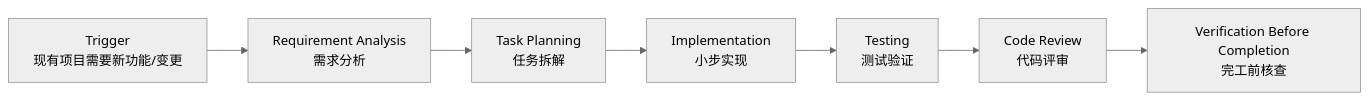
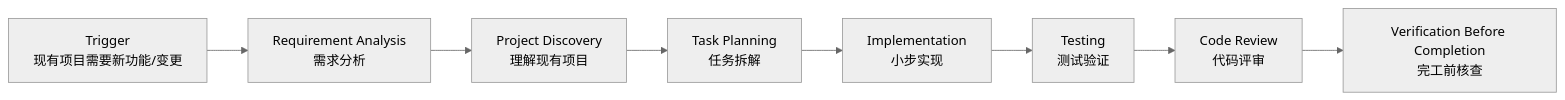
The diagram in workflows/feature-development/README.md (beiluoL/EasyVibeCoding), drawn with Mermaid (neutral theme) before and after one commit. The commit also changed other lines of this file and 34 other files, not shown here.

````diff
--- a/workflows/feature-development/README.md
+++ b/workflows/feature-development/README.md
@@ -23,9 +23,10 @@
 ```mermaid
 flowchart LR
     A[Trigger<br/>现有项目需要新功能/变更] --> B[Requirement Analysis<br/>需求分析]
-    B --> C[Task Planning<br/>任务拆解]
+    B --> PD[Project Discovery<br/>理解现有项目]
+    PD --> C[Task Planning<br/>任务拆解]
     C --> D[Implementation<br/>小步实现]
     D --> E[Testing<br/>测试验证]
     E --> F[Code Review<br/>代码评审]
     F --> G[Verification Before Completion<br/>完工前核查]
 ```
````
